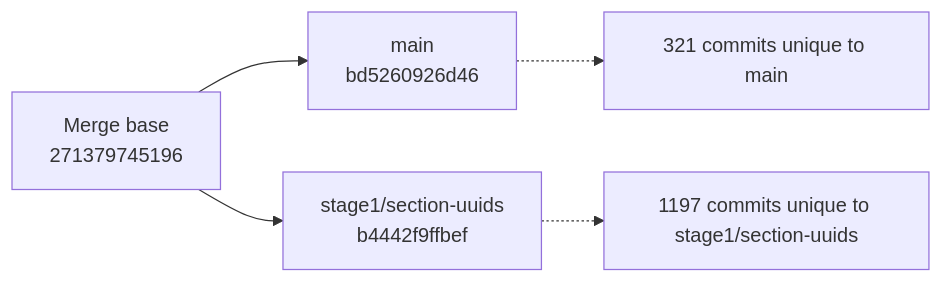
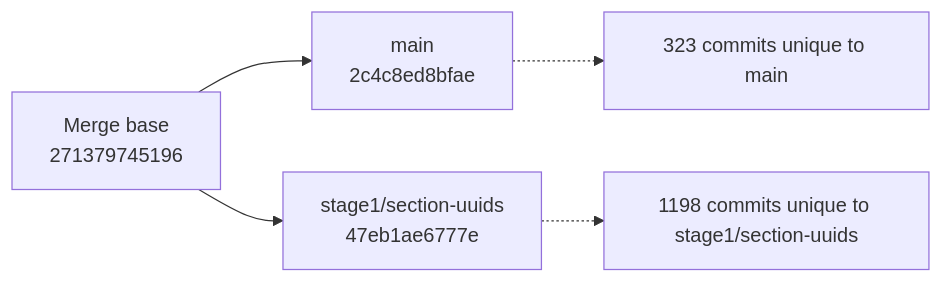
Before and after one commit to snoopdock/Finite_element_analysis_project: the diagram in branch-graphify-results/latest/git-lineage.mmd, drawn with Mermaid. The commit also changed 10 other files, not shown here.

Commit message:
Update Graphify branch analysis [skip ci]

```diff
--- a/branch-graphify-results/latest/git-lineage.mmd
+++ b/branch-graphify-results/latest/git-lineage.mmd
@@ -1,10 +1,10 @@
 flowchart LR
   MB["Merge base<br/>271379745196"]
-  B["main<br/>bd5260926d46"]
-  C["stage1/section-uuids<br/>b4442f9ffbef"]
+  B["main<br/>2c4c8ed8bfae"]
+  C["stage1/section-uuids<br/>47eb1ae6777e"]
   MB --> B
   MB --> C
-  B_note["321 commits unique to main"]
-  C_note["1197 commits unique to stage1/section-uuids"]
+  B_note["323 commits unique to main"]
+  C_note["1198 commits unique to stage1/section-uuids"]
   B -.-> B_note
   C -.-> C_note
```
